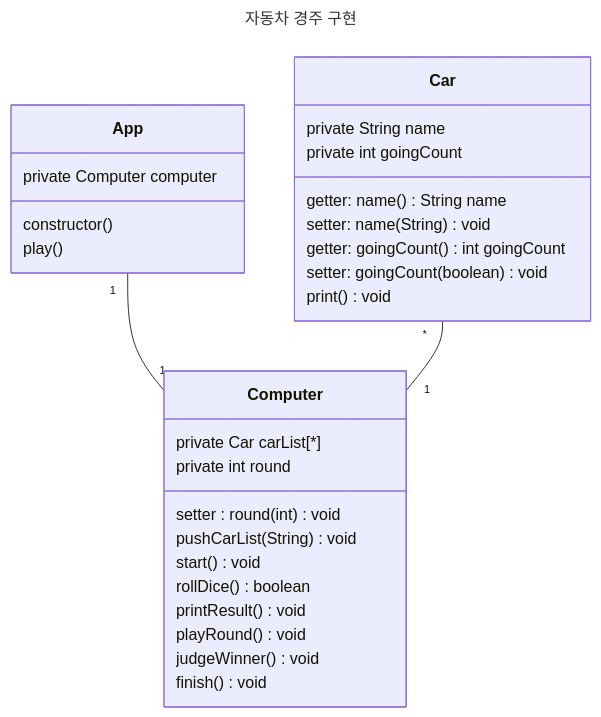
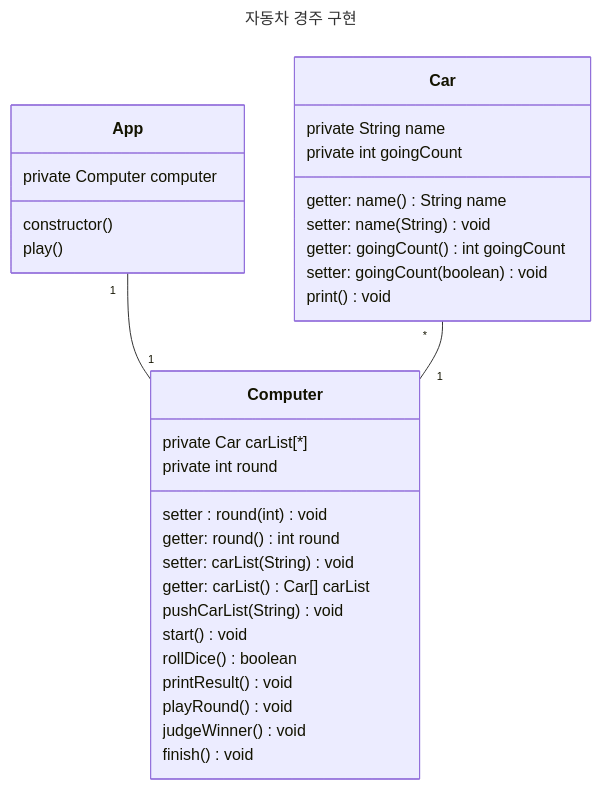
Before and after one commit to woowacourse-precourse/javascript-racingcar-6: the diagram in docs/README.md, drawn with Mermaid. The commit also changed other lines of this file, not shown here.

Commit message:
docs(README.md): add setter and getter of Computer's attributes

````diff
--- a/docs/README.md
+++ b/docs/README.md
@@ -48,34 +48,37 @@
 ```mermaid
 ---
 title: 자동차 경주 구현
 ---
 classDiagram
     class Car{
         private String name
         private int goingCount
         getter: name() String name
         setter: name(String) void
         getter: goingCount() int goingCount
         setter: goingCount(boolean) void
         print() void
     }
     class Computer{
         private Car carList[*]
         private int round
         setter : round(int) void
+        getter: round() int round
+        setter: carList(String) void
+        getter: carList() Car[] carList
         pushCarList(String) void
         start() void
         rollDice() boolean
         printResult() void
         playRound() void
         judgeWinner() void
         finish() void
     }
     class App{
         private Computer computer
         constructor()
         play()
     }
     App "1"-- "1"Computer
     Car "*"--"1" Computer
 ```
````
